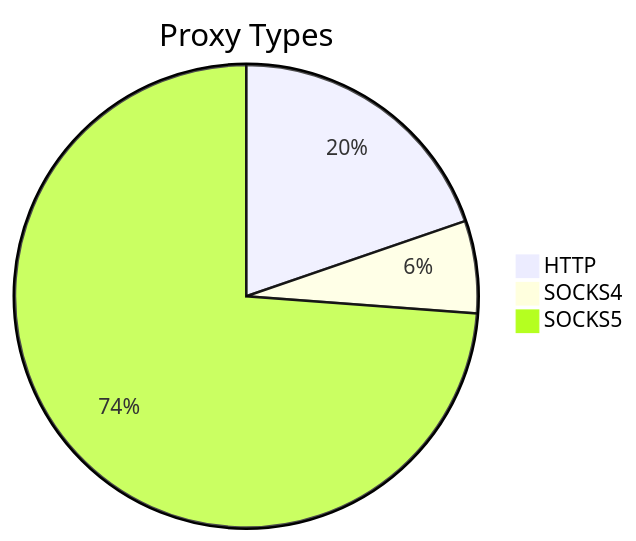
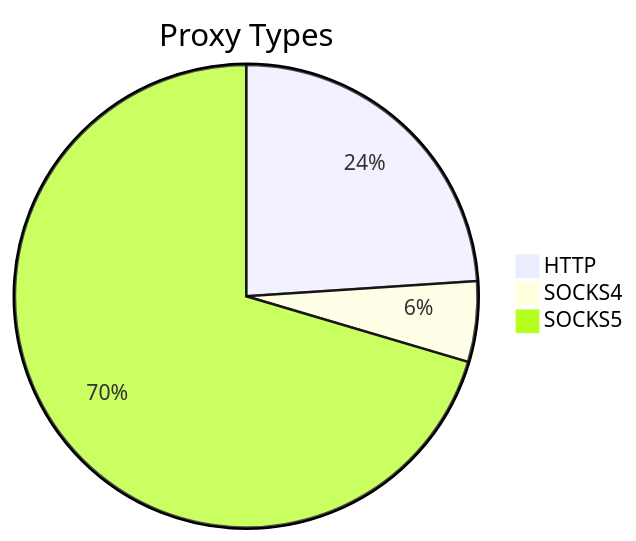
The first of 2 diagrams in README.md (stormsia/proxy-list), drawn with Mermaid before and after one commit. The commit also changed other lines of this file, not shown here.

````diff
--- a/README.md
+++ b/README.md
@@ -21,6 +21,6 @@
 ```mermaid
 pie title Proxy Types
-    "HTTP" : 162
-    "SOCKS4" : 53
-    "SOCKS5" : 606
+    "HTTP" : 166
+    "SOCKS4" : 39
+    "SOCKS5" : 488
 ```
````
